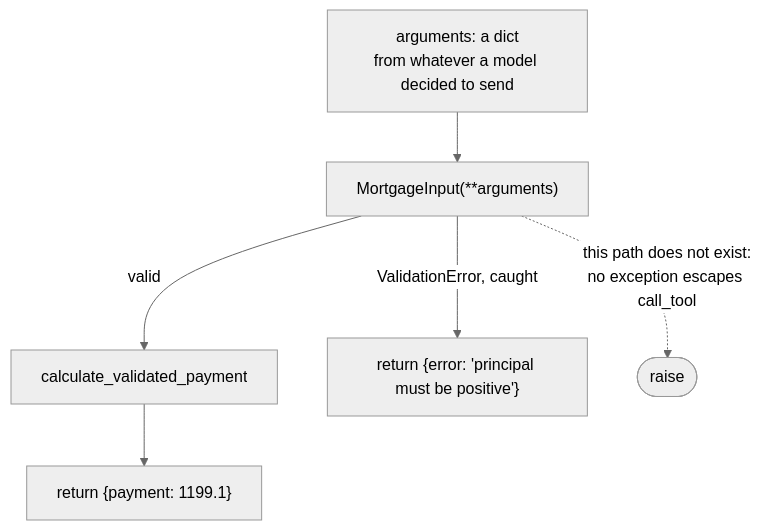
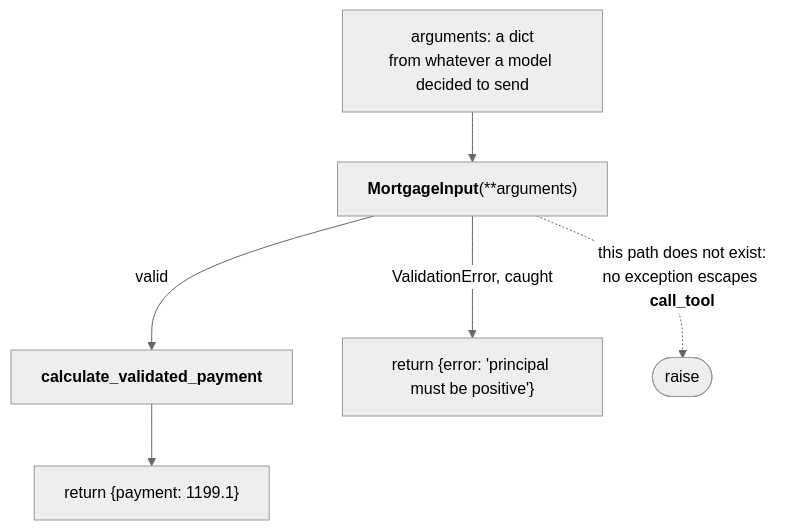
Before and after one commit to rioffe/intro_to_ai_software_engineering: the second of 3 diagrams in manuscript/11-tool-interface.md, drawn with Mermaid (neutral theme). The commit also changed other lines of this file and 17 other files, not shown here.

First line of the commit message:
Diagram readability pass, and keep diagrams with their intro sentence

````diff
--- a/manuscript/11-tool-interface.md
+++ b/manuscript/11-tool-interface.md
@@ -190,10 +190,10 @@
 ```mermaid
 flowchart TD
     ARGS["arguments: a dict<br/>from whatever a model decided to send"]
-    ARGS --> MI["MortgageInput(**arguments)"]
-    MI -->|"valid"| CALC["calculate_validated_payment"]
+    ARGS --> MI["<b>MortgageInput</b>(**arguments)"]
+    MI -->|"valid"| CALC["<b>calculate_validated_payment</b>"]
     CALC --> OK["return {payment: 1199.1}"]
     MI -->|"ValidationError, caught"| ERR["return {error: 'principal must be positive'}"]
 
-    MI -.->|"this path does not exist:<br/>no exception escapes call_tool"| RAISE(["raise"])
+    MI -.->|"this path does not exist:<br/>no exception escapes <b>call_tool</b>"| RAISE(["raise"])
 ```
````
